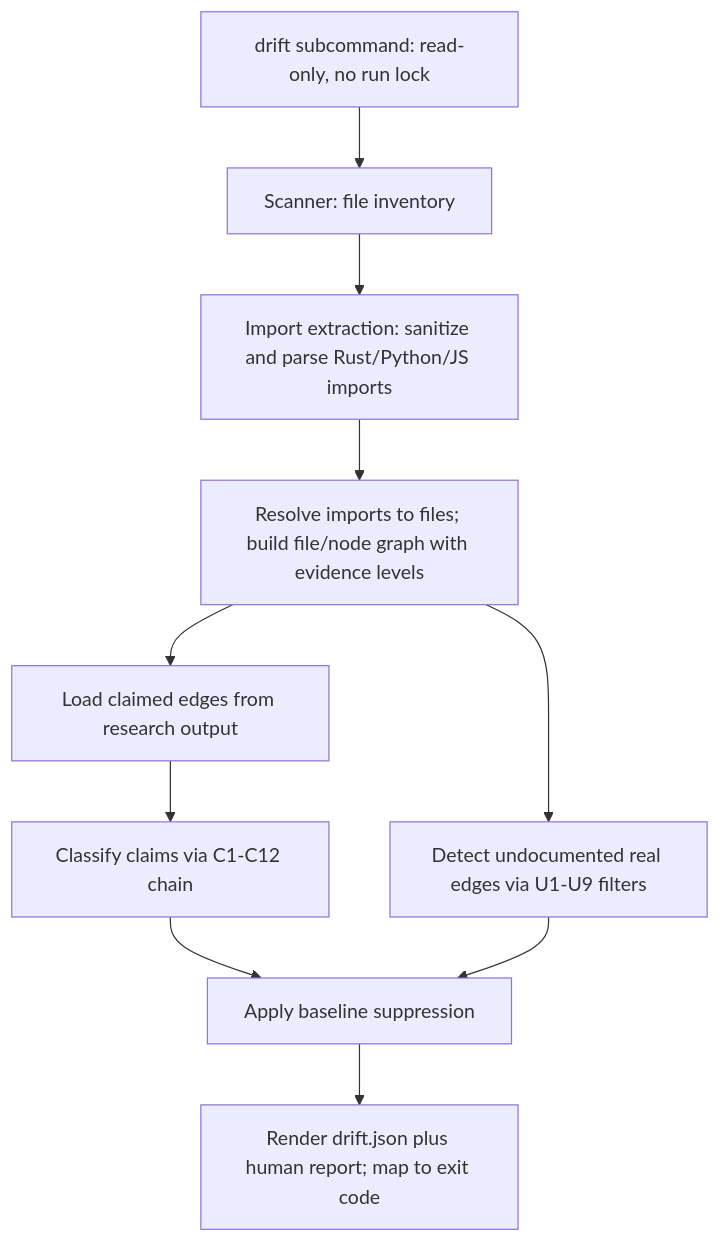
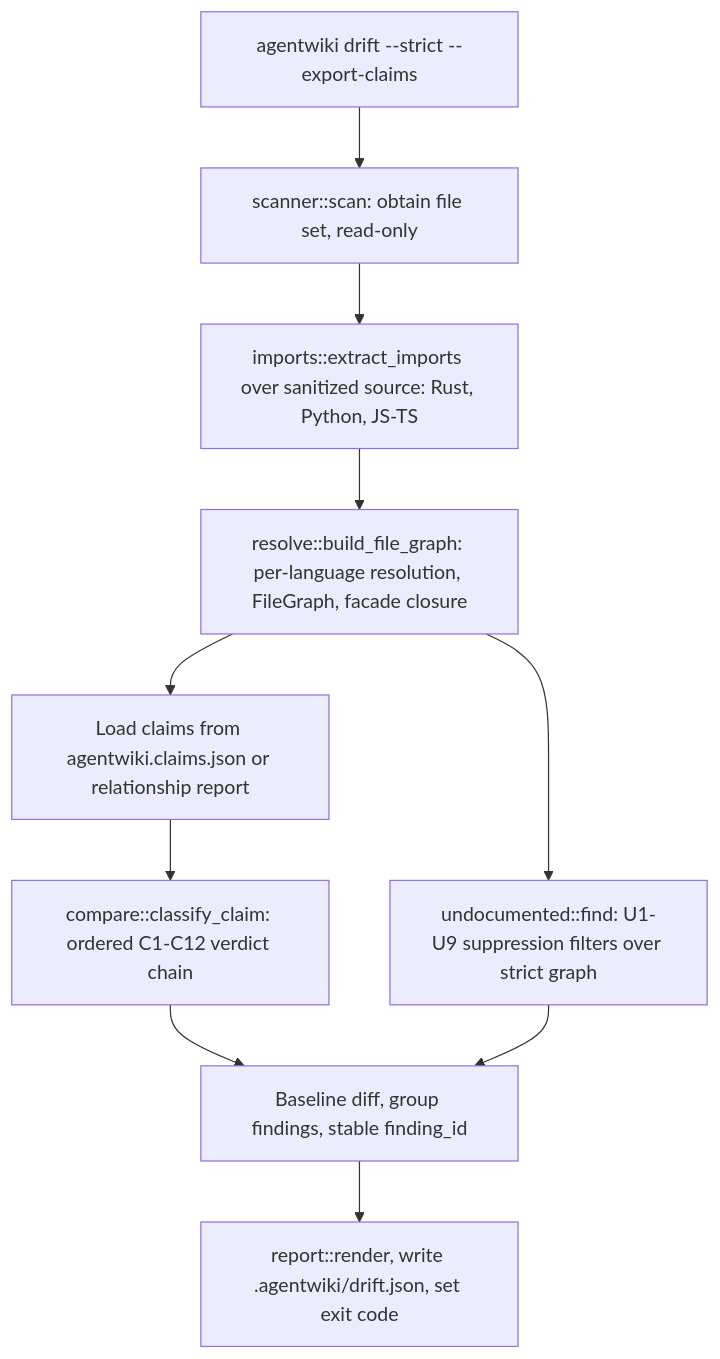
Before and after one commit to tidusvn05/agentwiki: the third of 5 diagrams in docs/en/3.Workflow.md, drawn with Mermaid. The commit also changed other lines of this file and 41 other files, not shown here.

````diff
--- a/docs/en/3.Workflow.md
+++ b/docs/en/3.Workflow.md
@@ -73,12 +64,12 @@
 ```mermaid
 flowchart TD
-    A[drift subcommand: read-only, no run lock] --> B[Scanner: file inventory]
-    B --> C[Import extraction: sanitize and parse Rust/Python/JS imports]
-    C --> D[Resolve imports to files; build file/node graph with evidence levels]
-    D --> E[Load claimed edges from research output]
-    E --> F[Classify claims via C1-C12 chain]
-    D --> G[Detect undocumented real edges via U1-U9 filters]
-    F --> H[Apply baseline suppression]
+    A[agentwiki drift --strict --export-claims] --> B[scanner::scan: obtain file set, read-only]
+    B --> C[imports::extract_imports over sanitized source: Rust, Python, JS-TS]
+    C --> D[resolve::build_file_graph: per-language resolution, FileGraph, facade closure]
+    D --> E[Load claims from agentwiki.claims.json or relationship report]
+    E --> F[compare::classify_claim: ordered C1-C12 verdict chain]
+    D --> G[undocumented::find: U1-U9 suppression filters over strict graph]
+    F --> H[Baseline diff, group findings, stable finding_id]
     G --> H
-    H --> I[Render drift.json plus human report; map to exit code]
+    H --> I[report::render, write .agentwiki/drift.json, set exit code]
 ```
````
